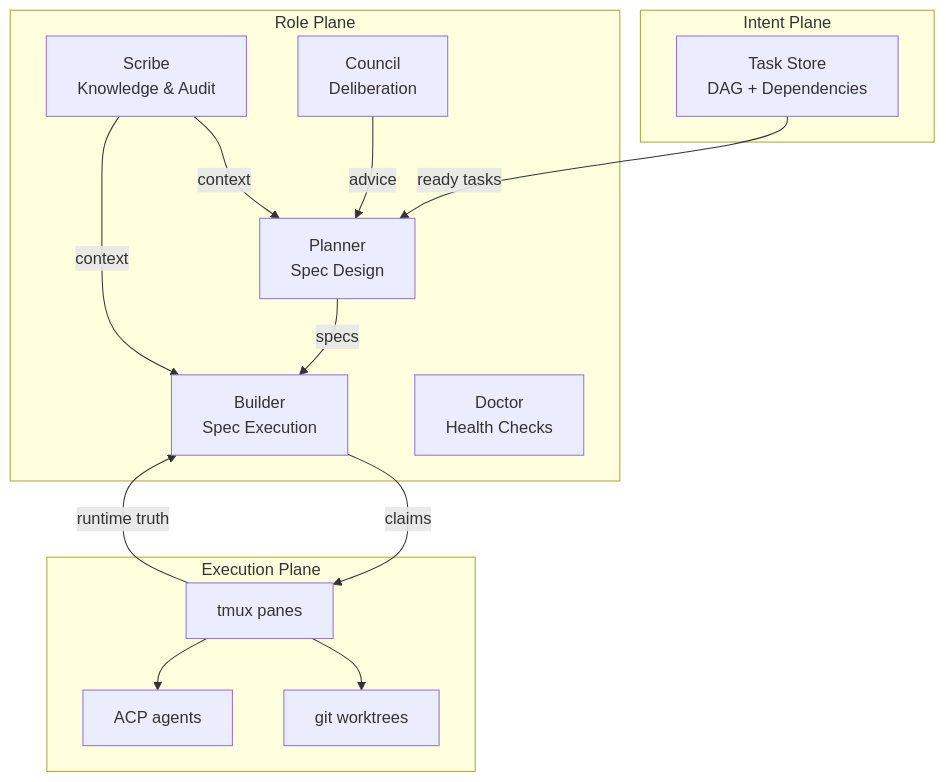
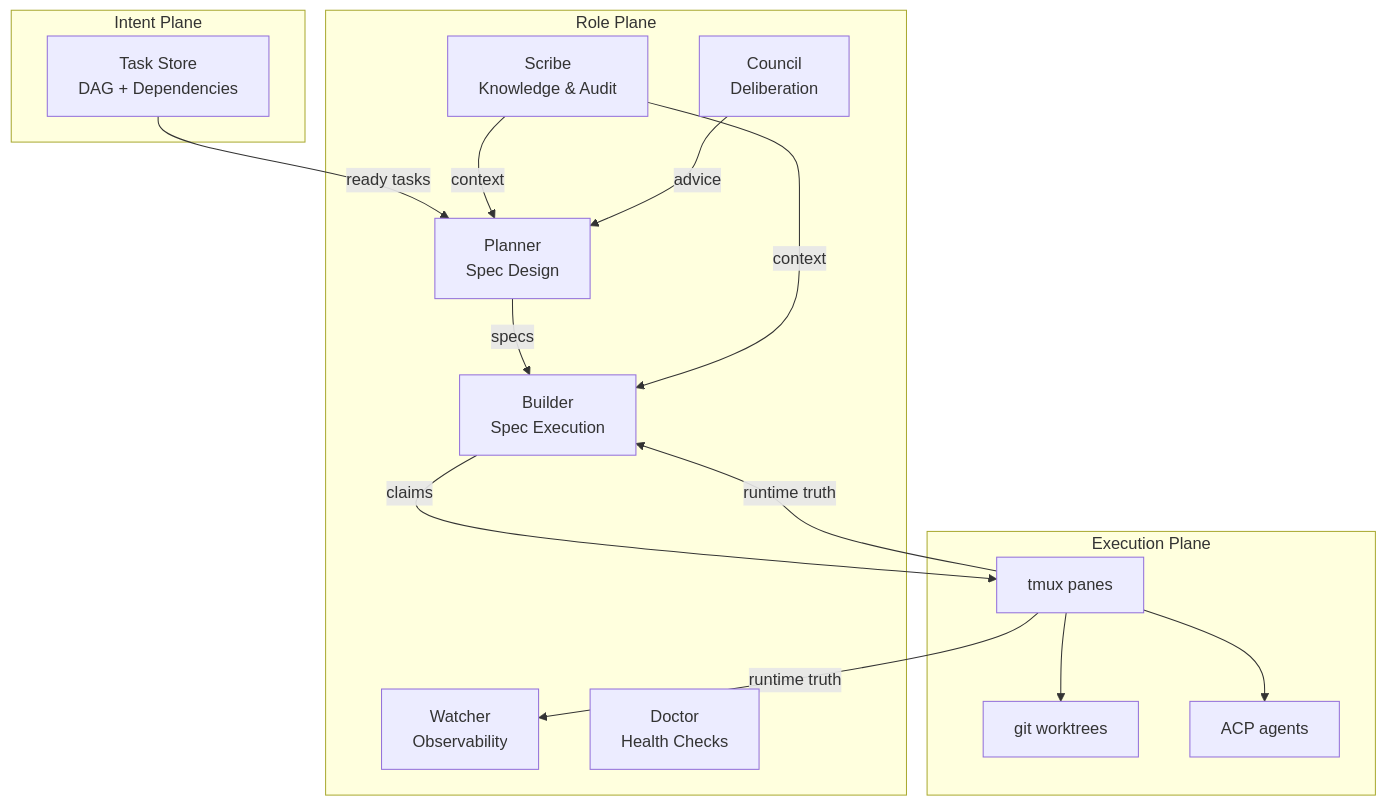
One commit to bkuri/village changed the diagram in README.md. Above: the diagram before and after it, drawn with Mermaid. The commit also changed other lines of this file and 4 other files, not shown here.

````diff
--- a/README.md
+++ b/README.md
@@ -146,30 +142,32 @@
 ```mermaid
 flowchart TB
     subgraph Intent["Intent Plane"]
         TS[Task Store<br/>DAG + Dependencies]
     end
 
     subgraph Roles["Role Plane"]
         P[Planner<br/>Spec Design]
         B[Builder<br/>Spec Execution]
+        W[Watcher<br/>Observability]
         E[Scribe<br/>Knowledge & Audit]
         C[Council<br/>Deliberation]
         D[Doctor<br/>Health Checks]
     end
 
     subgraph Execution["Execution Plane"]
         TMUX[tmux panes]
         WT[git worktrees]
         ACP[ACP agents]
     end
 
     TS -->|ready tasks| P
     P -->|specs| B
     B -->|claims| TMUX
     TMUX --> WT
     TMUX --> ACP
     E -->|context| P
     E -->|context| B
     C -->|advice| P
     TMUX -->|runtime truth| B
+    TMUX -->|runtime truth| W
 ```
````
